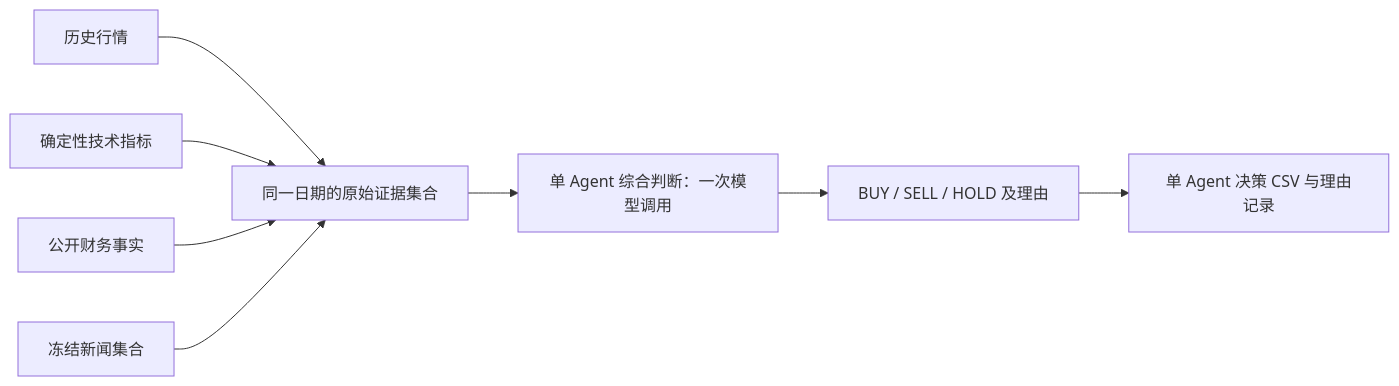
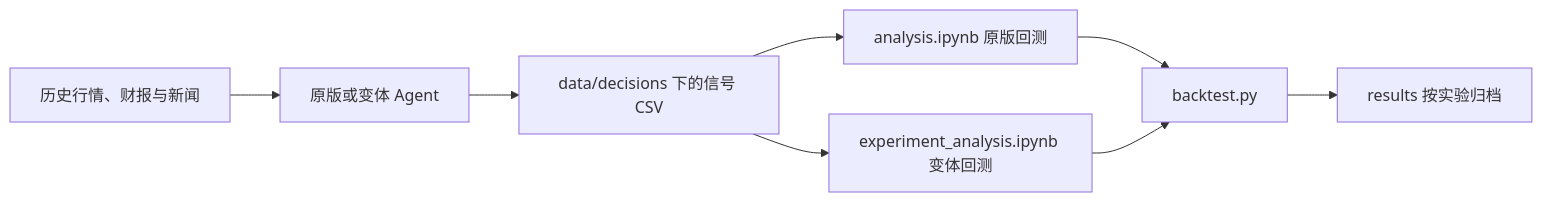
The diagram in README.md (CatchMan1/TradingAgent-project), drawn with Mermaid before and after one commit. The commit also changed other lines of this file and 338 other files, not shown here.

Commit message:
Integrate agent variants and separate experiment backtests

````diff
--- a/README.md
+++ b/README.md
@@ -94,10 +5,10 @@
 ```mermaid
 flowchart LR
-    P[历史行情] --> E[同一日期的原始证据集合]
-    I[确定性技术指标] --> E
-    F[公开财务事实] --> E
-    N[冻结新闻集合] --> E
-    E --> S[单 Agent 综合判断：一次模型调用]
-    S --> A[BUY / SELL / HOLD 及理由]
-    A --> CSV[单 Agent 决策 CSV 与理由记录]
+    Data[历史行情、财报与新闻] --> Agent[原版或变体 Agent]
+    Agent --> CSV[data/decisions 下的信号 CSV]
+    CSV --> Original[analysis.ipynb 原版回测]
+    CSV --> Experiments[experiment_analysis.ipynb 变体回测]
+    Original --> Core[backtest.py]
+    Experiments --> Core
+    Core --> Results[results 按实验归档]
 ```
````
